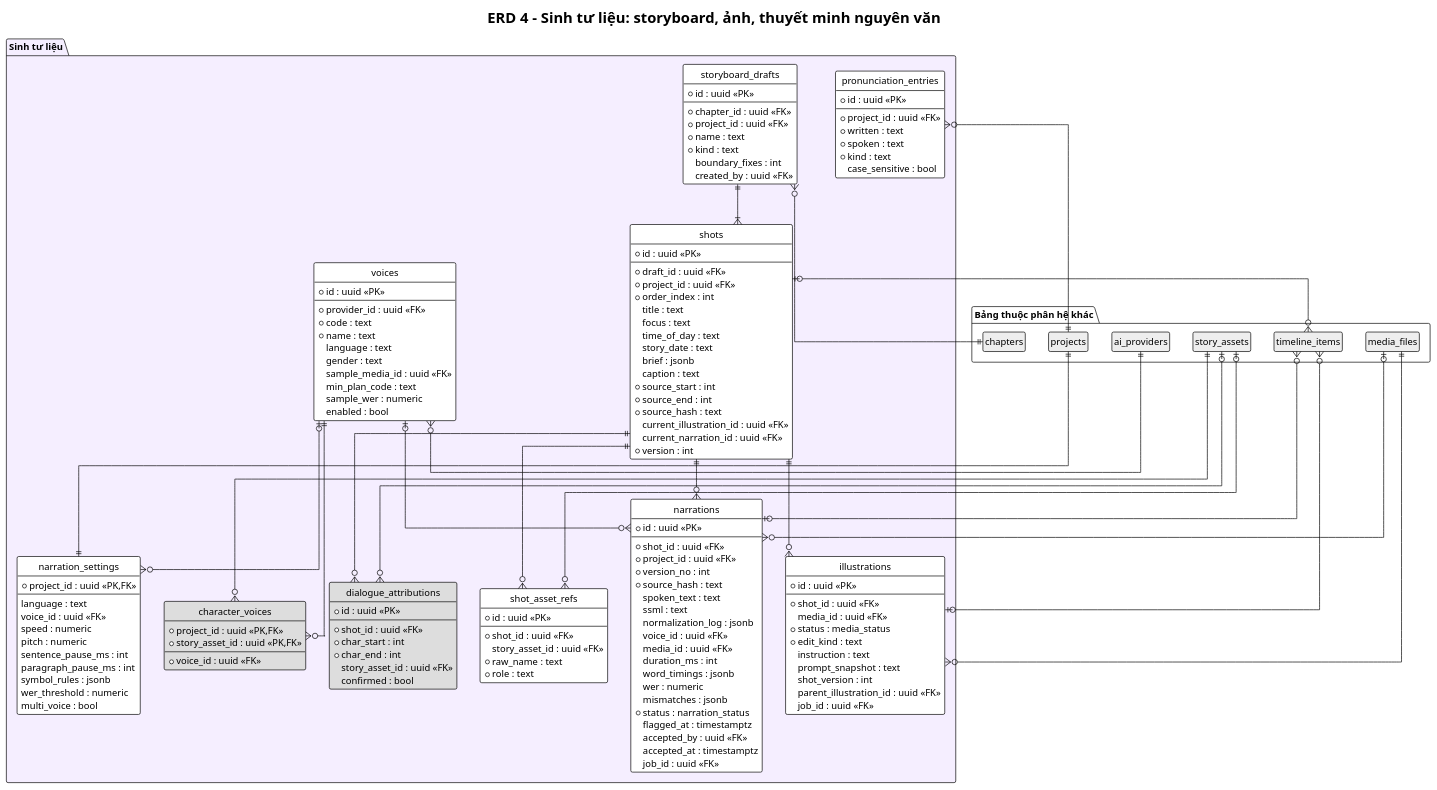
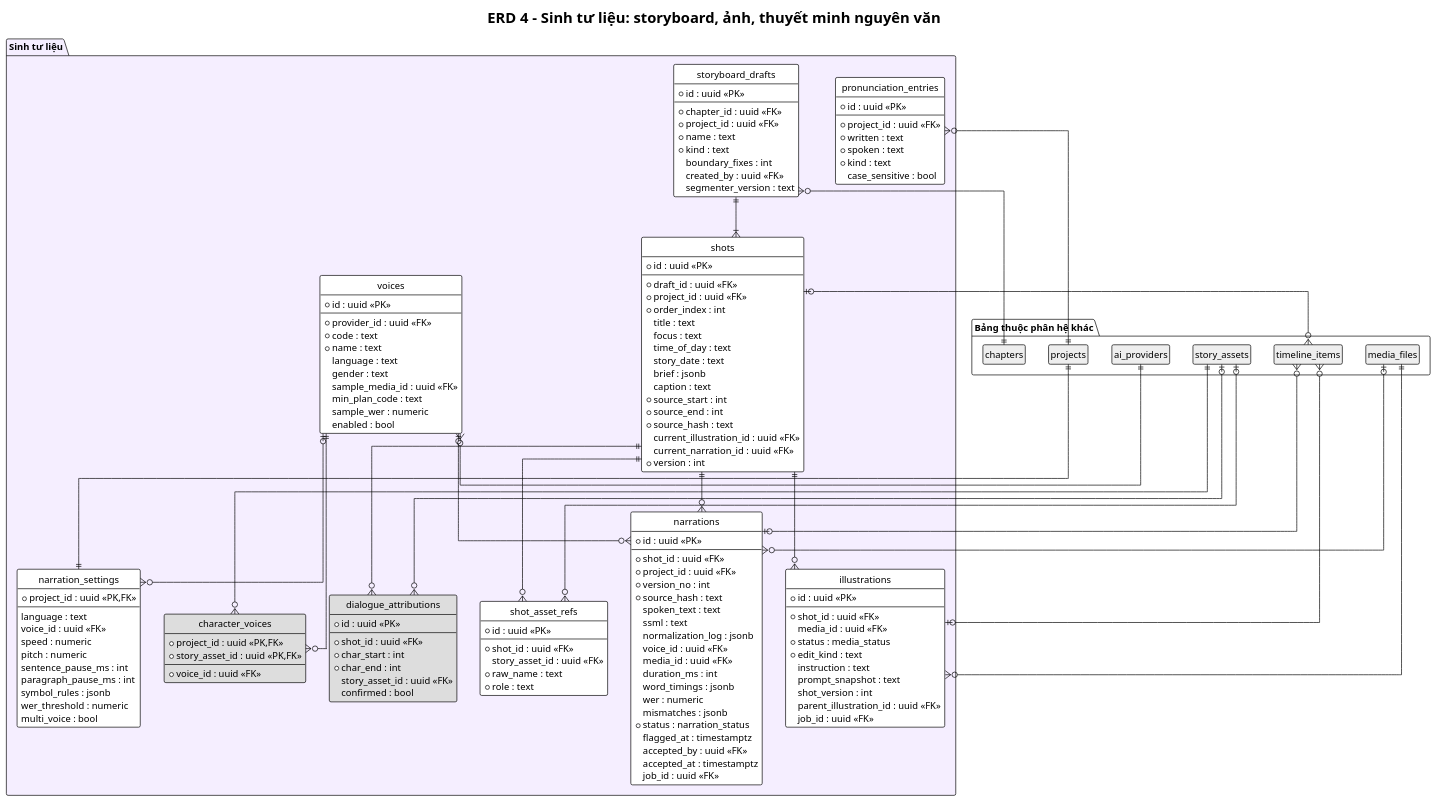
One commit to 202416852-anhpv/story2video-docs changed the diagram in demo-c2story/so-do/02-du-lieu/erd-4-sinh-tu-lieu.puml. Above: the diagram before and after it, drawn with PlantUML. The commit also changed 25 other files, not shown here.

```diff
--- a/demo-c2story/so-do/02-du-lieu/erd-4-sinh-tu-lieu.puml
+++ b/demo-c2story/so-do/02-du-lieu/erd-4-sinh-tu-lieu.puml
@@ -1,163 +1,164 @@
 @startuml erd_4_sinh_tu_lieu
 ' Sinh tự động từ erd.puml - chỉ sửa erd.puml rồi chạy: python3 so-do/tools/split_erd.py
 !theme plain
 skinparam defaultFontName "Segoe UI"
 skinparam linetype ortho
 hide circle
 hide empty members
 title ERD 4 - Sinh tư liệu: storyboard, ảnh, thuyết minh nguyên văn
 
 package "Sinh tư liệu" #F5EEFF {
     entity storyboard_drafts {
         * id : uuid <<PK>>
         --
         * chapter_id : uuid <<FK>>
         * project_id : uuid <<FK>>
         * name : text
         * kind : text
         boundary_fixes : int
         created_by : uuid <<FK>>
+        segmenter_version : text
     }
     entity shots {
         * id : uuid <<PK>>
         --
         * draft_id : uuid <<FK>>
         * project_id : uuid <<FK>>
         * order_index : int
         title : text
         focus : text
         time_of_day : text
         story_date : text
         brief : jsonb
         caption : text
         * source_start : int
         * source_end : int
         * source_hash : text
         current_illustration_id : uuid <<FK>>
         current_narration_id : uuid <<FK>>
         * version : int
     }
     entity shot_asset_refs {
         * id : uuid <<PK>>
         --
         * shot_id : uuid <<FK>>
         story_asset_id : uuid <<FK>>
         * raw_name : text
         * role : text
     }
     entity illustrations {
         * id : uuid <<PK>>
         --
         * shot_id : uuid <<FK>>
         media_id : uuid <<FK>>
         * status : media_status
         * edit_kind : text
         instruction : text
         prompt_snapshot : text
         shot_version : int
         parent_illustration_id : uuid <<FK>>
         job_id : uuid <<FK>>
     }
     entity narration_settings {
         * project_id : uuid <<PK,FK>>
         --
         language : text
         voice_id : uuid <<FK>>
         speed : numeric
         pitch : numeric
         sentence_pause_ms : int
         paragraph_pause_ms : int
         symbol_rules : jsonb
         wer_threshold : numeric
         multi_voice : bool
     }
     entity voices {
         * id : uuid <<PK>>
         --
         * provider_id : uuid <<FK>>
         * code : text
         * name : text
         language : text
         gender : text
         sample_media_id : uuid <<FK>>
         min_plan_code : text
         sample_wer : numeric
         enabled : bool
     }
     entity pronunciation_entries {
         * id : uuid <<PK>>
         --
         * project_id : uuid <<FK>>
         * written : text
         * spoken : text
         * kind : text
         case_sensitive : bool
     }
     entity character_voices #DDDDDD {
         * project_id : uuid <<PK,FK>>
         * story_asset_id : uuid <<PK,FK>>
         --
         * voice_id : uuid <<FK>>
     }
     entity dialogue_attributions #DDDDDD {
         * id : uuid <<PK>>
         --
         * shot_id : uuid <<FK>>
         * char_start : int
         * char_end : int
         story_asset_id : uuid <<FK>>
         confirmed : bool
     }
     entity narrations {
         * id : uuid <<PK>>
         --
         * shot_id : uuid <<FK>>
         * project_id : uuid <<FK>>
         * version_no : int
         * source_hash : text
         spoken_text : text
         ssml : text
         normalization_log : jsonb
         voice_id : uuid <<FK>>
         media_id : uuid <<FK>>
         duration_ms : int
         word_timings : jsonb
         wer : numeric
         mismatches : jsonb
         * status : narration_status
         flagged_at : timestamptz
         accepted_by : uuid <<FK>>
         accepted_at : timestamptz
         job_id : uuid <<FK>>
     }
 }
 package "Bảng thuộc phân hệ khác" #FFFFFF {
     entity ai_providers #EEEEEE
     entity chapters #EEEEEE
     entity media_files #EEEEEE
     entity projects #EEEEEE
     entity story_assets #EEEEEE
     entity timeline_items #EEEEEE
 }
 
 chapters ||--o{ storyboard_drafts
 storyboard_drafts ||--|{ shots
 shots ||--o{ shot_asset_refs
 story_assets |o--o{ shot_asset_refs
 shots ||--o{ illustrations
 projects ||--|| narration_settings
 voices |o--o{ narration_settings
 ai_providers ||--o{ voices
 projects ||--o{ pronunciation_entries
 story_assets ||--o{ character_voices
 voices ||--o{ character_voices
 shots ||--o{ dialogue_attributions
 story_assets |o--o{ dialogue_attributions
 shots ||--o{ narrations
 voices |o--o{ narrations
 shots |o--o{ timeline_items
 illustrations |o--o{ timeline_items
 narrations |o--o{ timeline_items
 media_files ||--o{ illustrations
 media_files |o--o{ narrations
 @enduml
```
